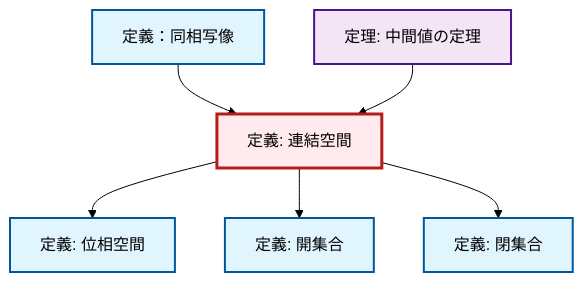
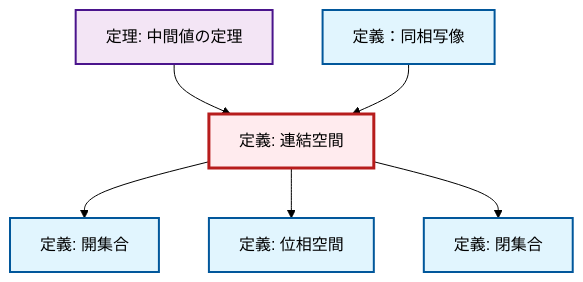
Before and after one commit to RK0429/ModernMath: the diagram in content/ja/topology/def-connected.qmd, drawn with Mermaid (forest theme). The commit also changed other lines of this file and 328 other files, not shown here.

````diff
--- a/content/ja/topology/def-connected.qmd
+++ b/content/ja/topology/def-connected.qmd
@@ -54,26 +54,26 @@
 ```{mermaid}
 %%| fig-cap: "ローカル依存関係グラフ"
 graph TD
     classDef definition fill:#e1f5fe,stroke:#01579b,stroke-width:2px
     classDef theorem fill:#f3e5f5,stroke:#4a148c,stroke-width:2px
     classDef axiom fill:#fff3e0,stroke:#e65100,stroke-width:2px
     classDef example fill:#e8f5e9,stroke:#1b5e20,stroke-width:2px
     classDef current fill:#ffebee,stroke:#b71c1c,stroke-width:3px
+    def-open-set["定義: 開集合"]:::definition
+    thm-intermediate-value["定理: 中間値の定理"]:::theorem
+    def-connected["定義: 連結空間"]:::definition
+    def-homeomorphism["定義：同相写像"]:::definition
     def-topological-space["定義: 位相空間"]:::definition
-    def-homeomorphism["定義：同相写像"]:::definition
     def-closed-set["定義: 閉集合"]:::definition
-    thm-intermediate-value["定理: 中間値の定理"]:::theorem
-    def-open-set["定義: 開集合"]:::definition
-    def-connected["定義: 連結空間"]:::definition
+    thm-intermediate-value --> def-connected
+    def-connected --> def-open-set
+    def-homeomorphism --> def-connected
     def-connected --> def-topological-space
-    def-homeomorphism --> def-connected
-    def-connected --> def-open-set
     def-connected --> def-closed-set
-    thm-intermediate-value --> def-connected
     class def-connected current
+    click def-open-set "def-open-set.html" "開集合の定義へ"
+    click thm-intermediate-value "thm-intermediate-value.html" "中間値の定理の定理へ"
+    click def-homeomorphism "def-homeomorphism.html" "定義：同相写像へ"
     click def-topological-space "def-topological-space.html" "位相空間の定義へ"
-    click def-homeomorphism "def-homeomorphism.html" "定義：同相写像へ"
     click def-closed-set "def-closed-set.html" "閉集合の定義へ"
-    click thm-intermediate-value "thm-intermediate-value.html" "中間値の定理の定理へ"
-    click def-open-set "def-open-set.html" "開集合の定義へ"
 ```
````
